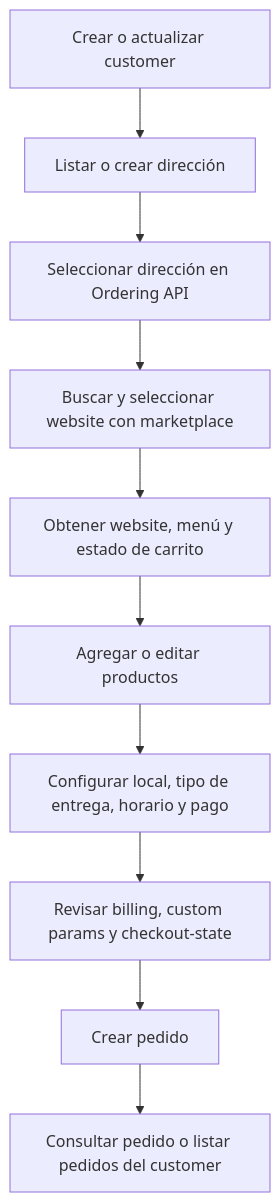
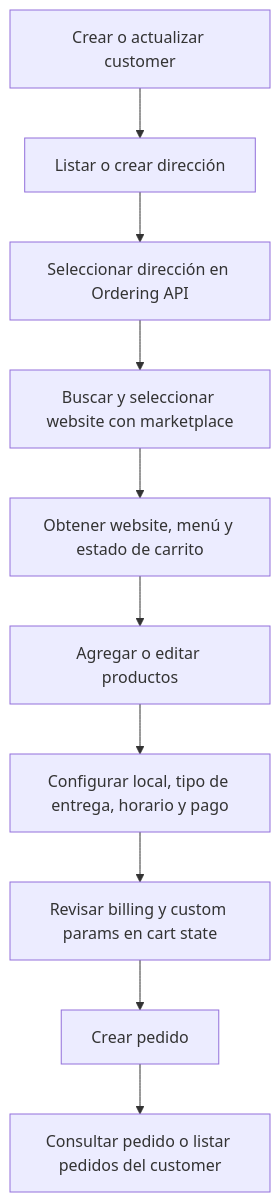
The diagram in docs/services/ordering_api/integration-tips.mdx (getjusto/docs), drawn with Mermaid before and after one commit. The commit also changed other lines of this file and 23 other files, not shown here.

````diff
--- a/docs/services/ordering_api/integration-tips.mdx
+++ b/docs/services/ordering_api/integration-tips.mdx
@@ -16,12 +16,12 @@
 ```mermaid
 flowchart TD
   A["Crear o actualizar customer"] --> B["Listar o crear dirección"]
   B --> C["Seleccionar dirección en Ordering API"]
   C --> D["Buscar y seleccionar website con marketplace"]
   D --> E["Obtener website, menú y estado de carrito"]
   E --> F["Agregar o editar productos"]
   F --> G["Configurar local, tipo de entrega, horario y pago"]
-  G --> H["Revisar billing, custom params y checkout-state"]
+  G --> H["Revisar billing y custom params en cart state"]
   H --> I["Crear pedido"]
   I --> J["Consultar pedido o listar pedidos del customer"]
 ```
````
